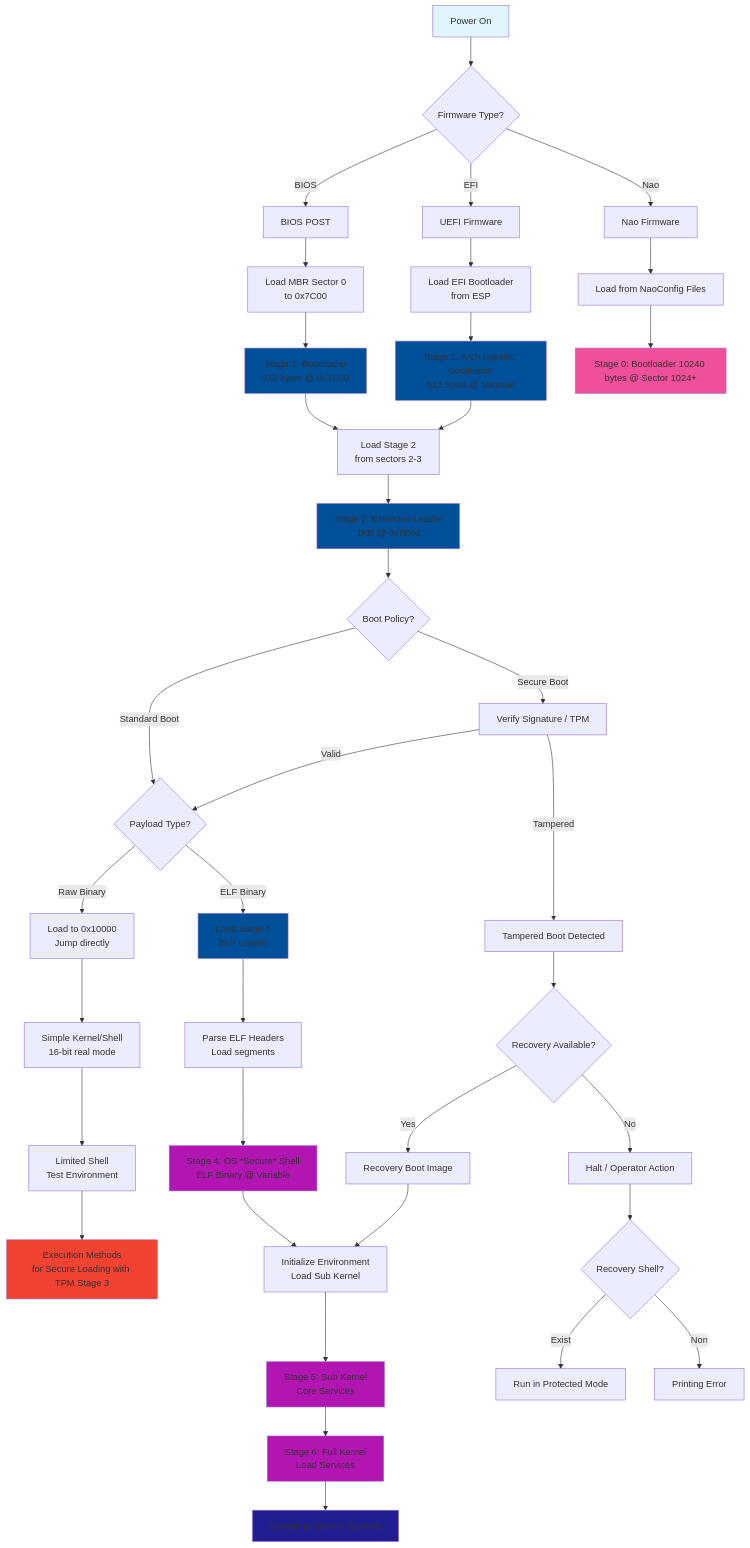
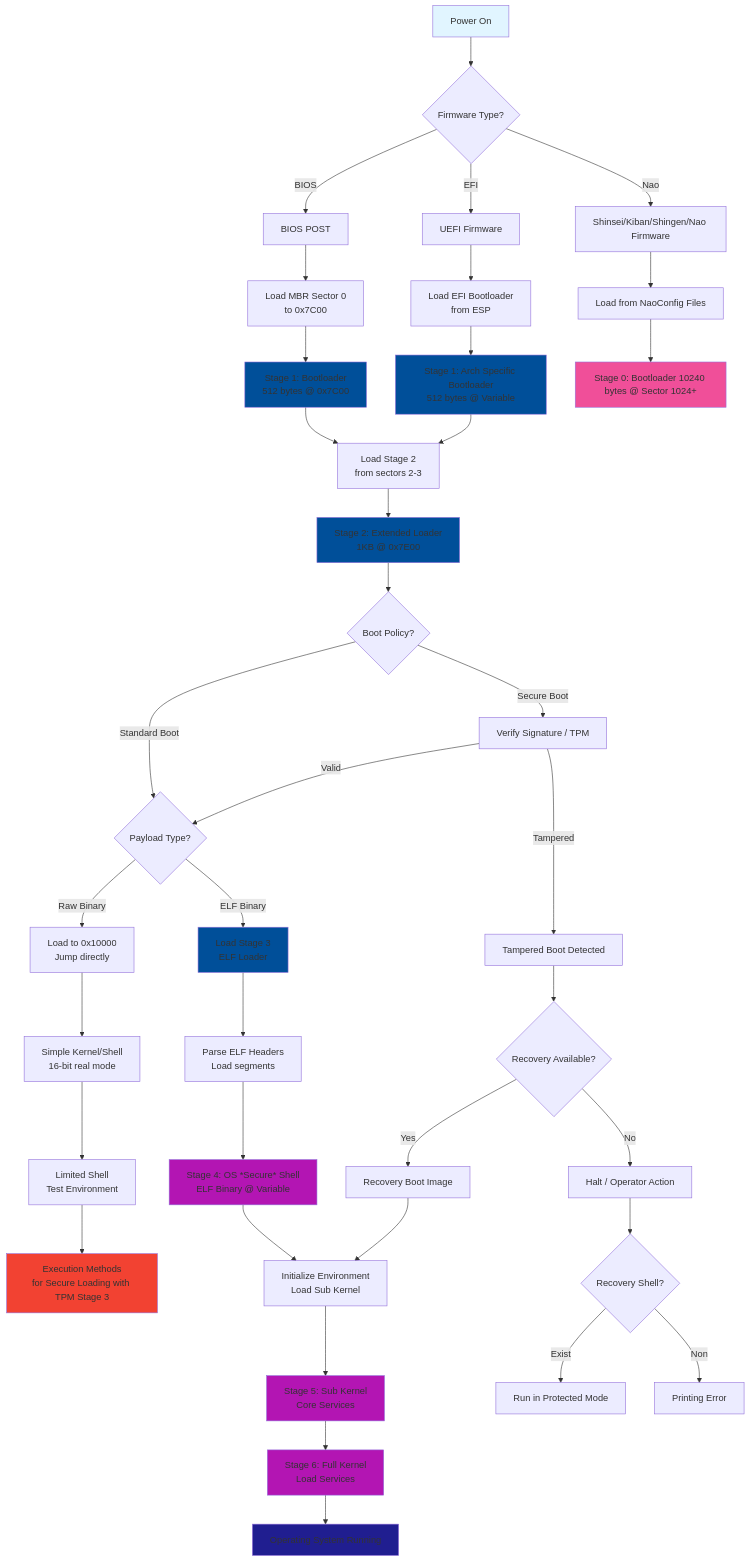
One commit to DevKiDCosmo/NaoBootloader changed the diagram in Architecture.md. Above: the diagram before and after it, drawn with Mermaid. The commit also changed other lines of this file, not shown here.

Commit message:
Update Architecture.md to clarify Nao Firmware names and roles

````diff
--- a/Architecture.md
+++ b/Architecture.md
@@ -135,64 +135,64 @@
 ```mermaid
 flowchart TD
     A[Power On] --> B{Firmware Type?}
     B -->|BIOS| C[BIOS POST]
     B -->|EFI| D[UEFI Firmware]
-    B -->|Nao| NAOFIRM[Nao Firmware]
+    B -->|Nao| NAOFIRM[Shinsei/Kiban/Shingen/Nao Firmware]
 
    NAOFIRM --> NAOFIRM2[Load from NaoConfig Files]
    NAOFIRM2 --> LOADER[Stage 0: Bootloader 10240 bytes @ Sector 1024+]
     
     C --> E[Load MBR Sector 0<br/>to 0x7C00]
     D --> F[Load EFI Bootloader<br/>from ESP]
     
     E --> G[Stage 1: Bootloader<br/>512 bytes @ 0x7C00]
     F --> ARCH[Stage 1: Arch Specific Bootloader<br/>512 bytes @ Variable]
     ARCH --> H
 
 
     
     G --> H[Load Stage 2<br/>from sectors 2-3]
     H --> I[Stage 2: Extended Loader<br/>1KB @ 0x7E00]
 
     I --> U{Boot Policy?}
     U -->|Standard Boot| J{Payload Type?}
     U -->|Secure Boot| V[Verify Signature / TPM]
     V -->|Valid| J
     V -->|Tampered| W[Tampered Boot Detected]
     W --> X{Recovery Available?}
     X -->|Yes| Y[Recovery Boot Image]
     X -->|No| Z[Halt / Operator Action]
     Z --> HA{Recovery Shell?}
     HA --> |Exist| AS[Run in Protected Mode]
     HA --> |Non| AK[Printing Error]
 
     J -->|Raw Binary| K[Load to 0x10000<br/>Jump directly]
     J -->|ELF Binary| L[Load Stage 3<br/>ELF Loader]
     
     K --> M[Simple Kernel/Shell<br/>16-bit real mode]
     L --> N[Parse ELF Headers<br/>Load segments]
     
     N --> O[Stage 4: OS *Secure* Shell<br/>ELF Binary @ Variable]
     
     O --> P[Initialize Environment<br/>Load Sub Kernel]
     P --> Q[Stage 5: Sub Kernel<br/>Core Services]
     
     Q --> R[Stage 6: Full Kernel<br/>Load Services]
     R --> S[Operating System Running]
     
     M --> T[Limited Shell<br/>Test Environment]
     T --> TA[Execution Methods</br>for Secure Loading with TPM Stage 3]
     Y --> P
     
     style A fill:#e1f5ff
     style LOADER fill:#f04f99
     style ARCH fill:#004f99
     style G fill:#004f99
     style I fill:#004f99
     style L fill:#004f99
     style O fill:#b315b3
     style Q fill:#b315b3
     style R fill:#b315b3
     style S fill:#201e90
     style TA fill:#F24232
 ```
````
